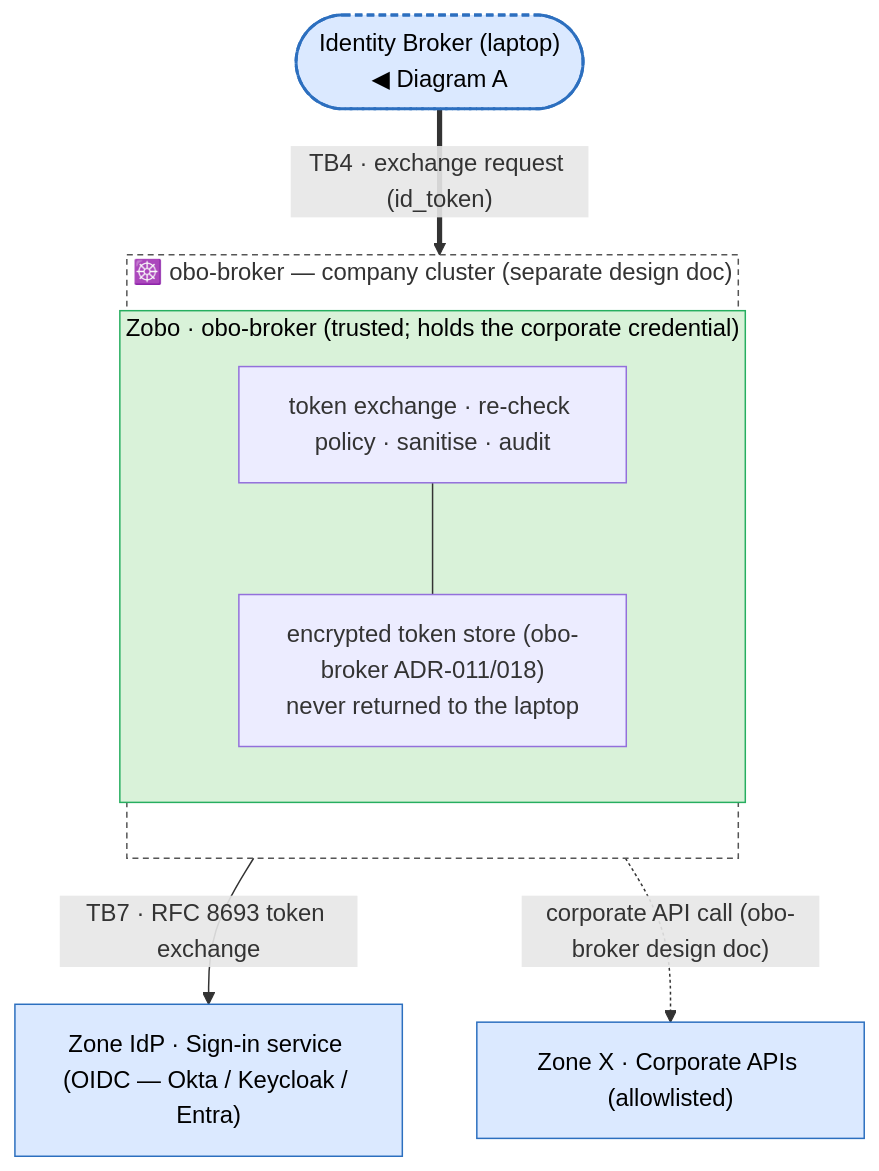
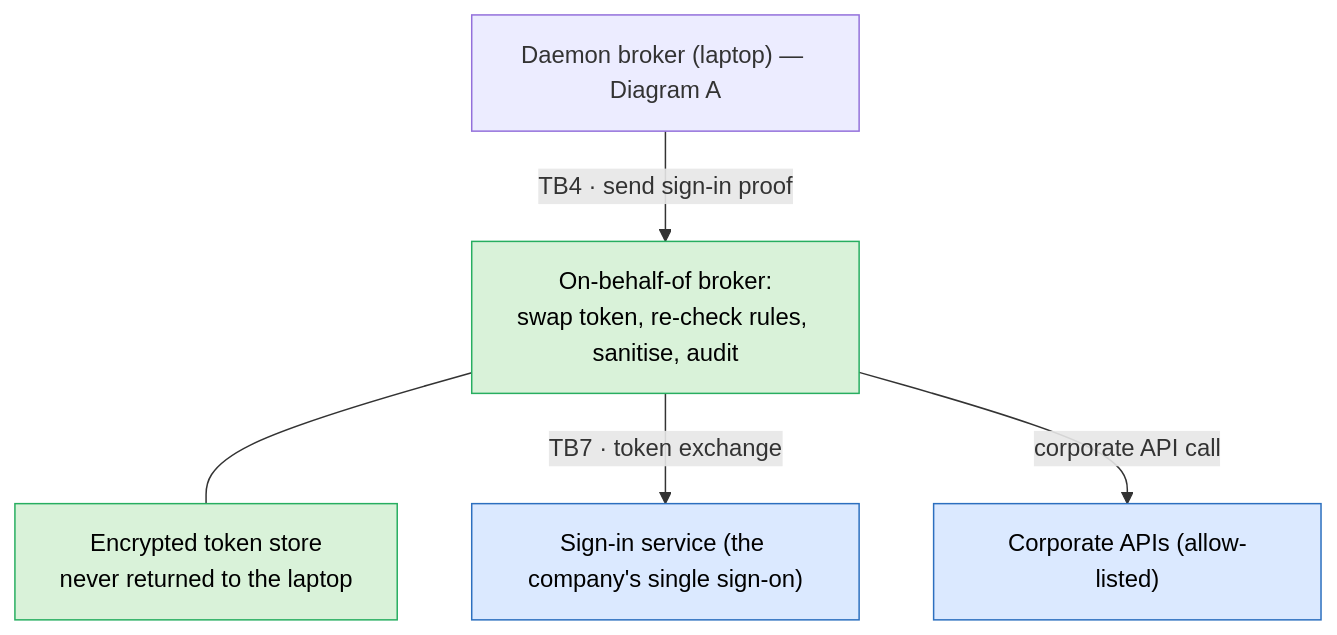
Before and after one commit to gatblau/faraday: the second of 3 diagrams in docs/security/threat-model.md, drawn with Mermaid. The commit also changed other lines of this file and 2 other files, not shown here.

First line of the commit message:
feat(sandbox): broker-mediated downstream MCP servers (ADR-034)

````diff
--- a/docs/security/threat-model.md
+++ b/docs/security/threat-model.md
@@ -110,28 +103,18 @@
 ```mermaid
-flowchart TB
-  brokerA(["Identity Broker (laptop)<br/>◀ Diagram A"])
+flowchart TD
+  brokerA["Daemon broker (laptop) — Diagram A"]
+  svc["On-behalf-of broker:<br/>swap token, re-check rules, sanitise, audit"]
+  store["Encrypted token store<br/>never returned to the laptop"]
+  idp["Sign-in service (the company's single sign-on)"]
+  capi["Corporate APIs (allow-listed)"]
 
-  subgraph SRV["☸️ obo-broker — company cluster (separate design doc)"]
-    direction TB
-    subgraph Zobo["Zobo · obo-broker (trusted; holds the corporate credential)"]
-      svc["token exchange · re-check policy · sanitise · audit"]
-      cache["encrypted token store (obo-broker ADR-011/018)<br/>never returned to the laptop"]
-      svc --- cache
-    end
-  end
-
-  idp["Zone IdP · Sign-in service (OIDC — Okta / Keycloak / Entra)"]
-  capi["Zone X · Corporate APIs (allowlisted)"]
-
-  brokerA ==>|"TB4 · exchange request (id_token)"| svc
-  svc -->|"TB7 · RFC 8693 token exchange"| idp
-  svc -.->|"corporate API call (obo-broker design doc)"| capi
+  brokerA -->|"TB4 · send sign-in proof"| svc
+  svc --- store
+  svc -->|"TB7 · token exchange"| idp
+  svc -->|"corporate API call"| capi
 
   classDef trusted fill:#d9f2d9,stroke:#27ae60,color:#000
   classDef ext fill:#dbe9ff,stroke:#2c6fbf,color:#000
-  classDef link fill:#dbe9ff,stroke:#2c6fbf,stroke-width:2px,stroke-dasharray:5 3,color:#000
-  class Zobo trusted
+  class svc,store trusted
   class idp,capi ext
-  class brokerA link
-  style SRV fill:none,stroke:#555,stroke-dasharray:4 3
 ```
````
